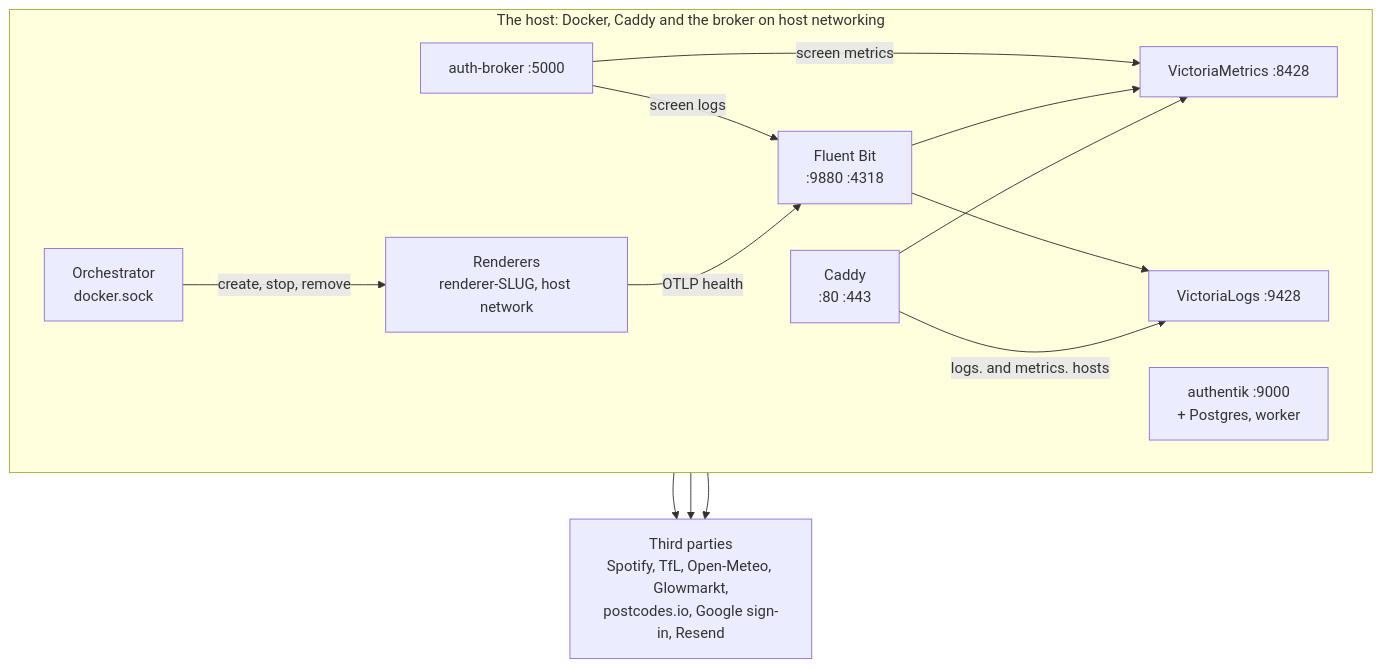
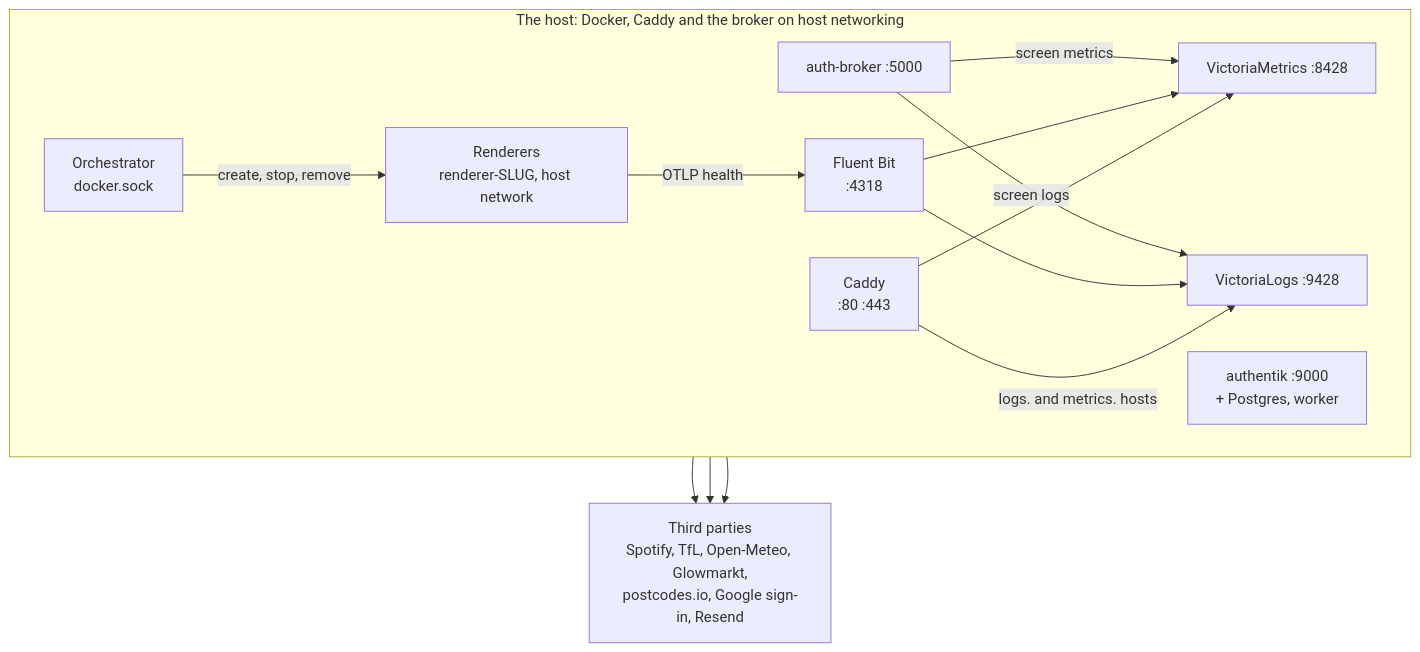
Before and after one commit to nvorkinn/auth-broker: the second of 9 diagrams in docs/architecture.md, drawn with Mermaid. The commit also changed other lines of this file and 14 other files, not shown here.

First line of the commit message:
Log at the source: JSON from the broker, devices straight to VictoriaLogs, Fluent Bit as a plain transport

````diff
--- a/docs/architecture.md
+++ b/docs/architecture.md
@@ -57,27 +57,27 @@
 ```mermaid
 flowchart TB
     subgraph Host["The host: Docker, Caddy and the broker on host networking"]
         direction LR
         CD["Caddy<br/>:80 :443"]
         BR["auth-broker :5000"]
         AK["authentik :9000<br/>+ Postgres, worker"]
         OR["Orchestrator<br/>docker.sock"]
         RN["Renderers<br/>renderer-SLUG, host network"]
-        FB["Fluent Bit<br/>:9880 :4318"]
+        FB["Fluent Bit<br/>:4318"]
         VL["VictoriaLogs :9428"]
         VM["VictoriaMetrics :8428"]
     end
     TP["Third parties<br/>Spotify, TfL, Open-Meteo, Glowmarkt,<br/>postcodes.io, Google sign-in, Resend"]
 
     BR -- "screen metrics" --> VM
-    BR -- "screen logs" --> FB
+    BR -- "screen logs" --> VL
     RN -- "OTLP health" --> FB
     FB --> VL
     FB --> VM
     CD -- "logs. and metrics. hosts" --> VL
     CD --> VM
     OR -- "create, stop, remove" --> RN
     RN --> TP
     BR --> TP
     AK --> TP
 ```
````
